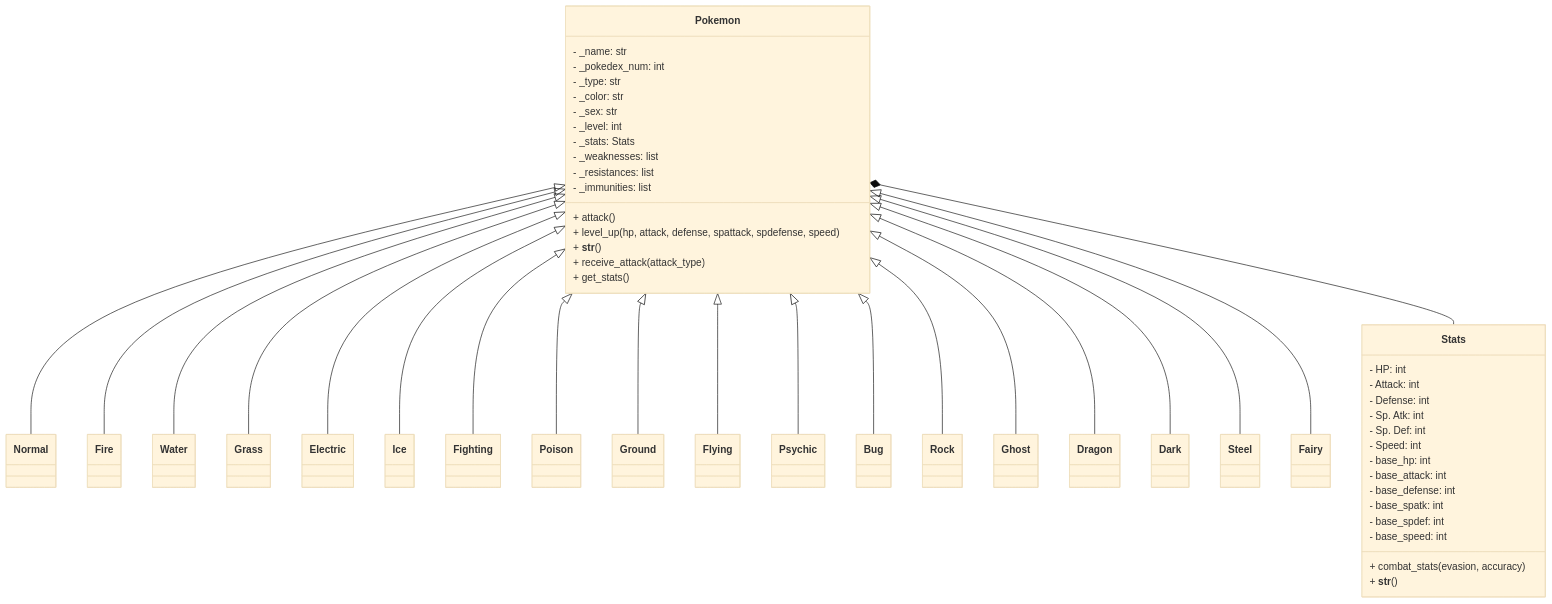
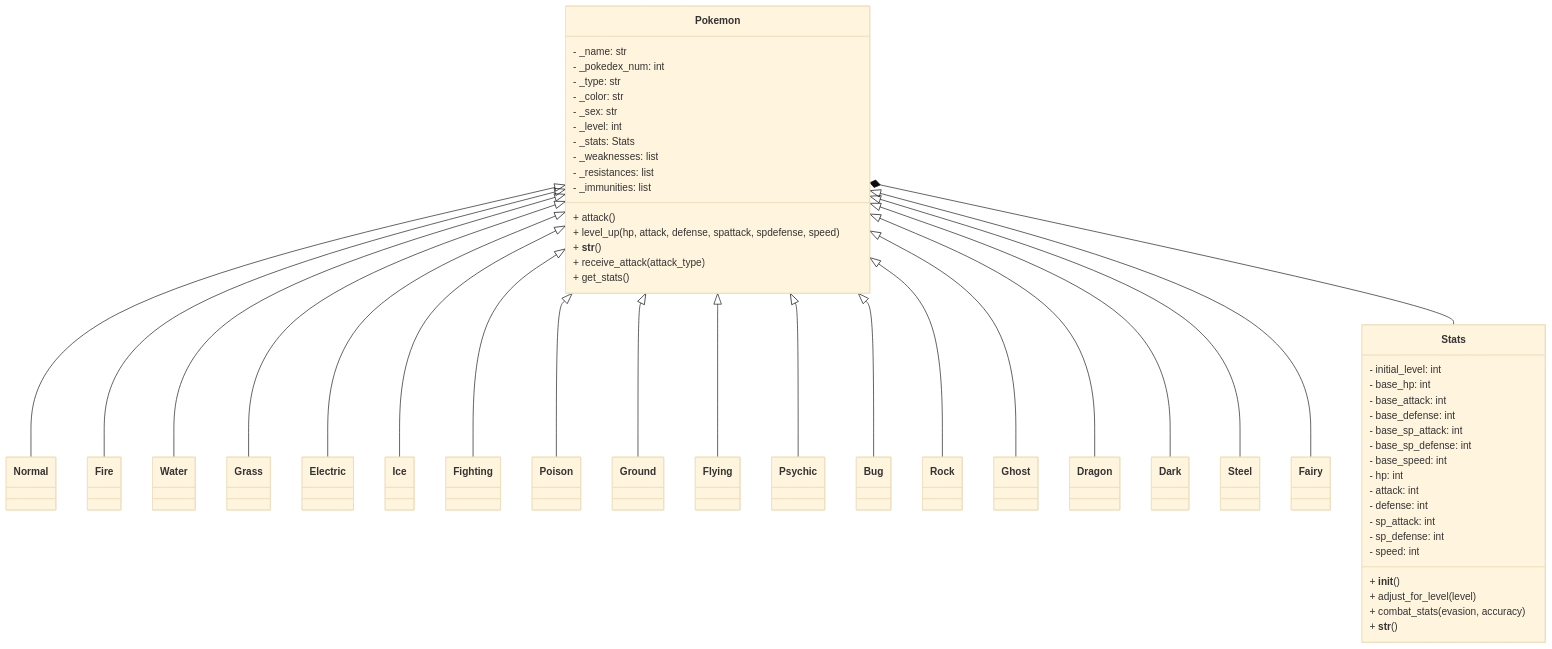
Before and after one commit to felipeg17/poke-repo: the diagram in README.md, drawn with Mermaid (base theme).

Commit message:
Refactor Stats class attributes in README
Updated stats attributes to include initial level and corrected spelling for special attack and defense.

```diff
--- a/README.md
+++ b/README.md
@@ -84,18 +84,21 @@
 	    + get_stats()
     }
     class Stats {
-	    - HP: int
-	    - Attack: int
-	    - Defense: int
-	    - Sp. Atk: int
-	    - Sp. Def: int
-	    - Speed: int
-	    - base_hp: int
-	    - base_attack: int
-	    - base_defense: int
-	    - base_spatk: int
-	    - base_spdef: int
-	    - base_speed: int
+	    - initial_level: int
+        - base_hp: int
+        - base_attack: int
+        - base_defense: int
+        - base_sp_attack: int
+        - base_sp_defense: int
+        - base_speed: int
+	    - hp: int
+	    - attack: int
+	    - defense: int
+	    - sp_attack: int
+	    - sp_defense: int
+	    - speed: int
+        + __init__()
+        + adjust_for_level(level)
 	    + combat_stats(evasion, accuracy)
 	    + __str__()
     }
```
